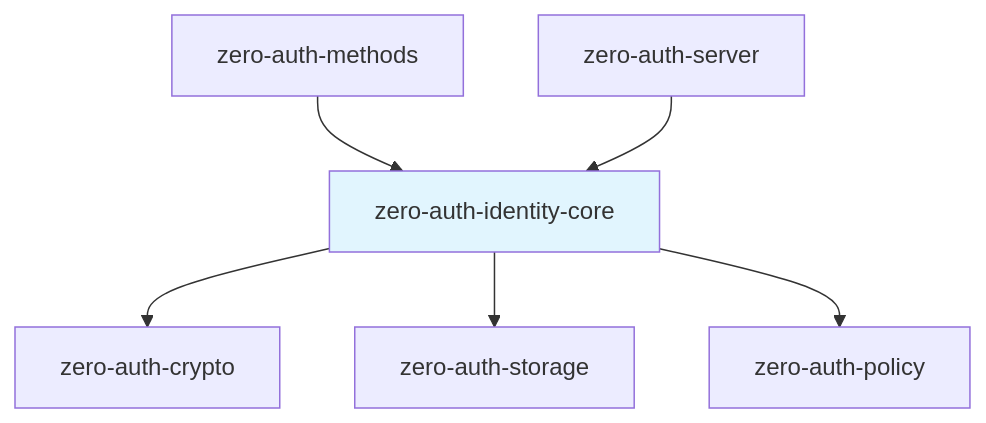
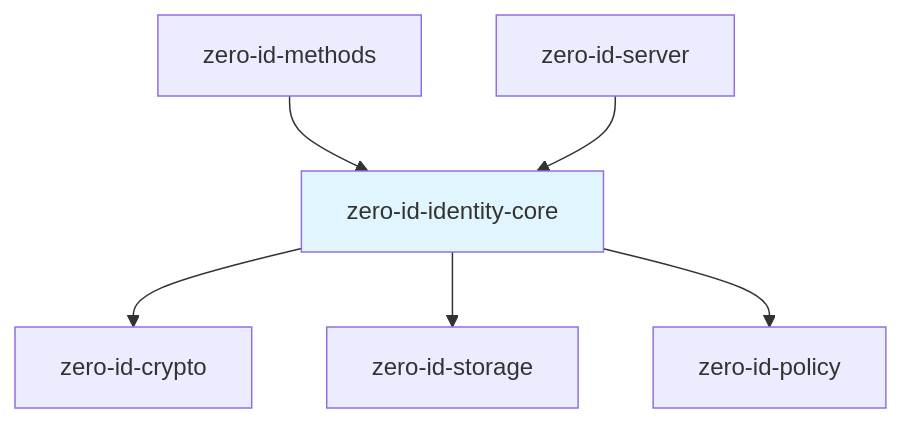
Before and after one commit to cypher-asi/zero-auth: the first of 8 diagrams in docs/spec/v0.1/04-identity-core.md, drawn with Mermaid. The commit also changed other lines of this file and 235 other files, not shown here.

Commit message:
refactor: rename zero-auth to zero-id across codebase

````diff
--- a/docs/spec/v0.1/04-identity-core.md
+++ b/docs/spec/v0.1/04-identity-core.md
@@ -26,16 +26,16 @@
 ```mermaid
 graph TD
-    CRYPTO[zero-auth-crypto]
-    STORAGE[zero-auth-storage]
-    POLICY[zero-auth-policy]
-    IDENTITY[zero-auth-identity-core]
+    CRYPTO[zero-id-crypto]
+    STORAGE[zero-id-storage]
+    POLICY[zero-id-policy]
+    IDENTITY[zero-id-identity-core]
     
     IDENTITY --> CRYPTO
     IDENTITY --> STORAGE
     IDENTITY --> POLICY
     
-    METHODS[zero-auth-methods] --> IDENTITY
-    SERVER[zero-auth-server] --> IDENTITY
+    METHODS[zero-id-methods] --> IDENTITY
+    SERVER[zero-id-server] --> IDENTITY
     
     style IDENTITY fill:#e1f5fe
 ```
````
